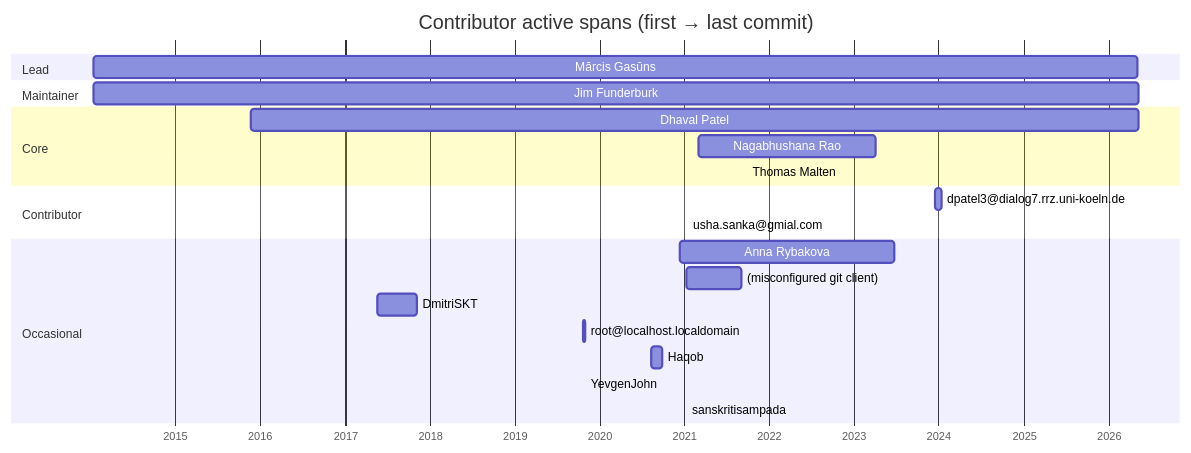
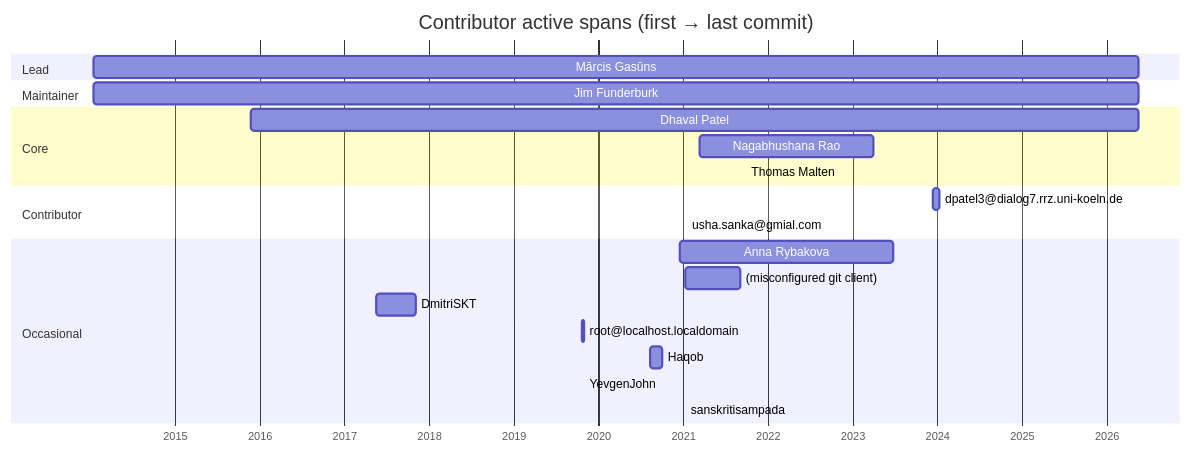
One commit to sanskrit-lexicon/csl-observatory changed the diagram in reports/timeline.md. Above: the diagram before and after it, drawn with Mermaid. The commit also changed other lines of this file and 11 other files, not shown here.

````diff
--- a/reports/timeline.md
+++ b/reports/timeline.md
@@ -7,25 +7,25 @@
 ```mermaid
 gantt
     title Contributor active spans (first → last commit)
     dateFormat YYYY-MM-DD
     axisFormat %Y
     section Lead
-    Mārcis Gasūns :2014-01-14, 2026-05-08
+    Mārcis Gasūns :2014-01-14, 2026-05-18
     section Maintainer
-    Jim Funderburk :2014-01-15, 2026-05-09
+    Jim Funderburk :2014-01-15, 2026-05-17
     section Core
-    Dhaval Patel :2015-11-24, 2026-05-11
-    Nagabhushana Rao :2021-03-01, 2023-04-03
+    Dhaval Patel :2015-11-24, 2026-05-18
+    Nagabhushana Rao :2021-03-11, 2023-04-03
     Thomas Malten :2021-09-26, 2021-09-26
     section Contributor
     dpatel3@dialog7.rrz.uni-koeln.de :2023-12-15, 2024-01-12
     usha.sanka@gmial.com :2021-01-13, 2021-01-13
     section Occasional
     Anna Rybakova :2020-12-15, 2023-06-25
     (misconfigured git client) :2021-01-09, 2021-09-03
     DmitriSKT :2017-05-18, 2017-11-05
     root@localhost.localdomain :2019-10-21, 2019-10-31
     Haqob :2020-08-11, 2020-09-30
     YevgenJohn :2019-10-31, 2019-10-31
     sanskritisampada :2021-01-10, 2021-01-10
 ```
````
